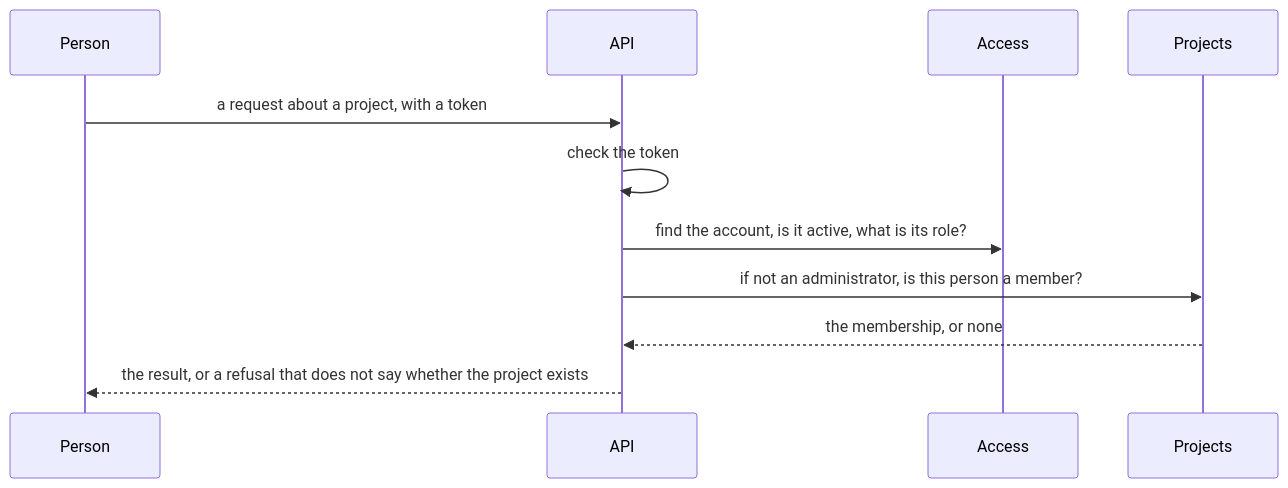
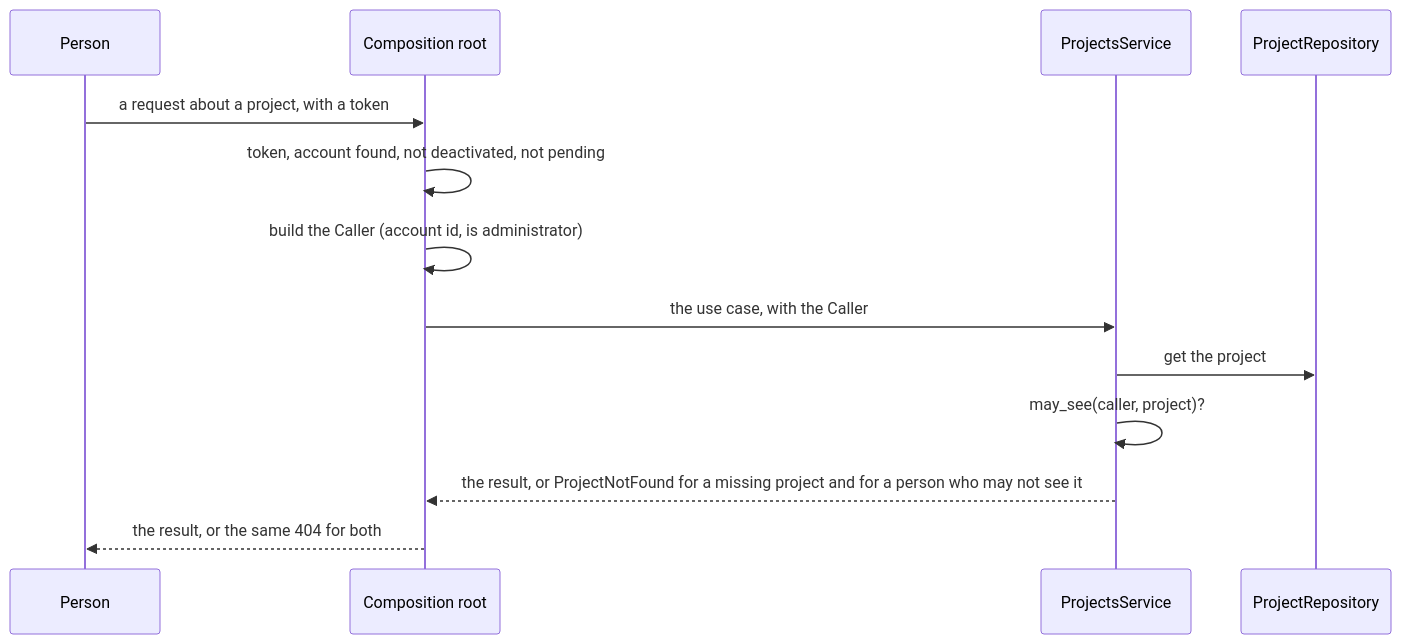
Before and after one commit to Thommans-Playground/playground-keycloak: the diagram in docs/domain/contexts/BC-PROJECTS.md, drawn with Mermaid. The commit also changed other lines of this file and 9 other files, not shown here.

First line of the commit message:
docs(UC-P3): design Projects, add list and open a project

````diff
--- a/docs/domain/contexts/BC-PROJECTS.md
+++ b/docs/domain/contexts/BC-PROJECTS.md
@@ -85,13 +108,15 @@
 ```mermaid
 sequenceDiagram
     participant P as Person
-    participant A as API
-    participant C as Access
-    participant J as Projects
-    P->>A: a request about a project, with a token
-    A->>A: check the token
-    A->>C: find the account, is it active, what is its role?
-    A->>J: if not an administrator, is this person a member?
-    J-->>A: the membership, or none
-    A-->>P: the result, or a refusal that does not say whether the project exists
+    participant M as Composition root
+    participant S as ProjectsService
+    participant R as ProjectRepository
+    P->>M: a request about a project, with a token
+    M->>M: token, account found, not deactivated, not pending
+    M->>M: build the Caller (account id, is administrator)
+    M->>S: the use case, with the Caller
+    S->>R: get the project
+    S->>S: may_see(caller, project)?
+    S-->>M: the result, or ProjectNotFound for a missing project and for a person who may not see it
+    M-->>P: the result, or the same 404 for both
 ```
````
